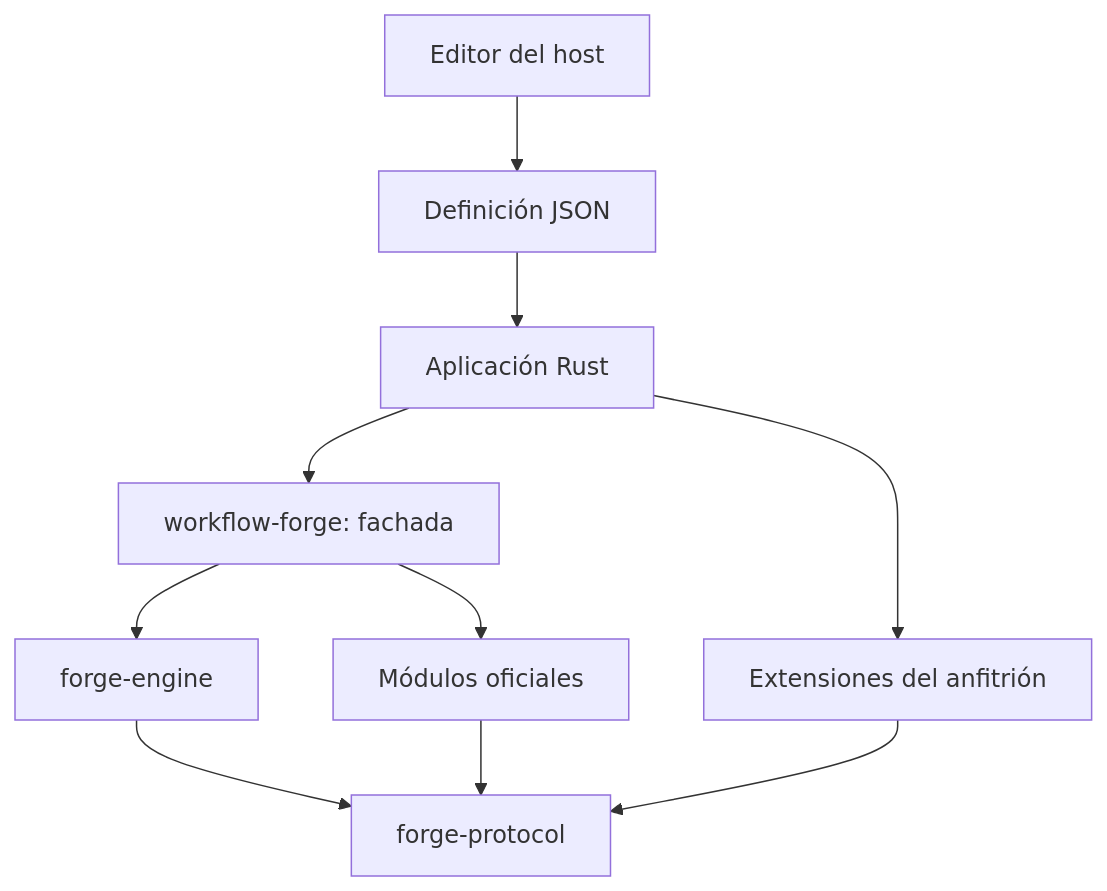
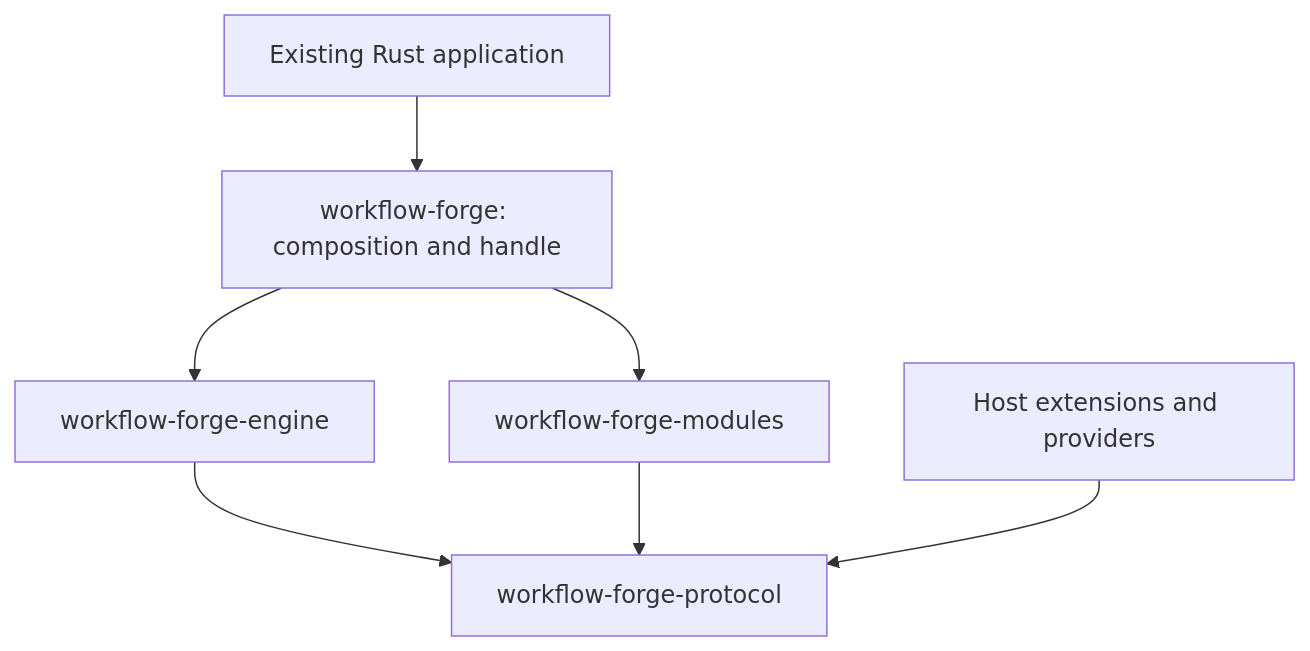
The first of 2 diagrams in docs/ARCHITECTURE.md (rafael-arreola/workflow-forge), drawn with Mermaid before and after one commit. The commit also changed other lines of this file and 186 other files, not shown here.

````diff
--- a/docs/ARCHITECTURE.md
+++ b/docs/ARCHITECTURE.md
@@ -48,12 +6,9 @@
 ```mermaid
 flowchart TD
-    App[Aplicación Rust] --> Facade[workflow-forge: fachada]
-    Editor[Editor del host] --> Definition[Definición JSON]
-    Definition --> App
-    Facade --> Engine[forge-engine]
-    Facade --> Official[Módulos oficiales]
-    App --> External[Extensiones del anfitrión]
-    Engine --> Protocol[forge-protocol]
-    Official --> Protocol
-    External --> Protocol
+  Host[Existing Rust application] --> Facade[workflow-forge: composition and handle]
+  Facade --> Engine[workflow-forge-engine]
+  Facade --> Modules[workflow-forge-modules]
+  Engine --> Protocol[workflow-forge-protocol]
+  Modules --> Protocol
+  Custom[Host extensions and providers] --> Protocol
 ```
````
